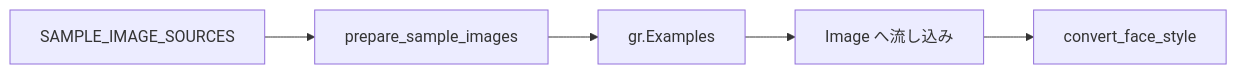
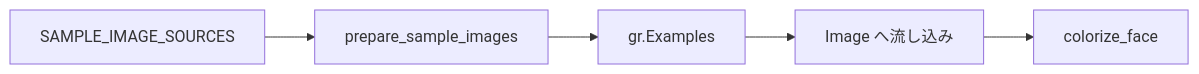
The second of 2 diagrams in document.md (yryo1005/OpenCampus_Demo), drawn with Mermaid before and after one commit. The commit also changed other lines of this file and 3 other files, not shown here.

````diff
--- a/document.md
+++ b/document.md
@@ -50,7 +48,7 @@
 ```mermaid
 flowchart LR
     S1[SAMPLE_IMAGE_SOURCES] --> S2[prepare_sample_images]
     S2 --> S3[gr.Examples]
     S3 --> S4[Image へ流し込み]
-    S4 --> S5[convert_face_style]
+    S4 --> S5[colorize_face]
 ```
````
